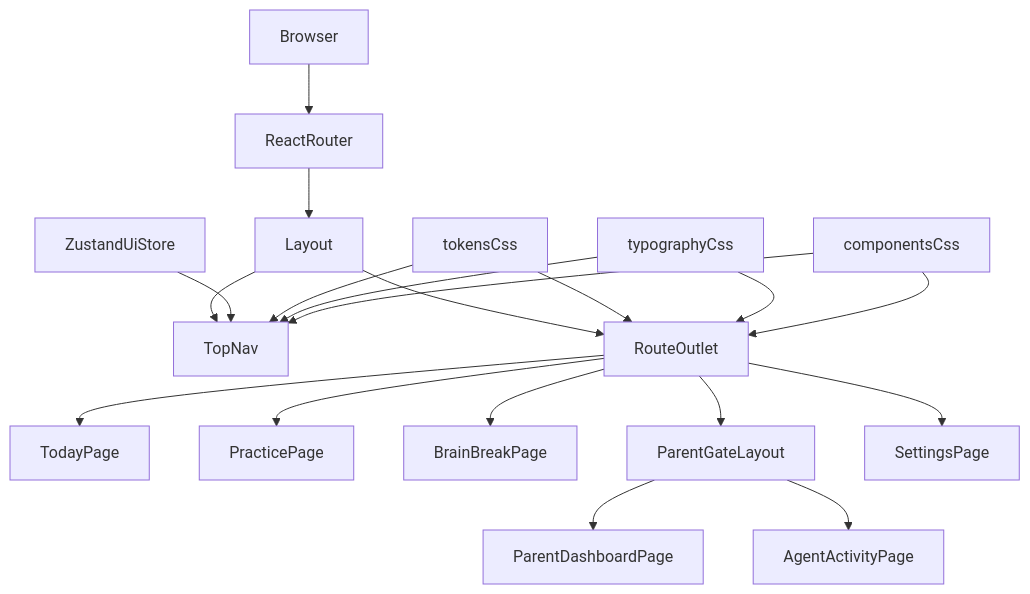
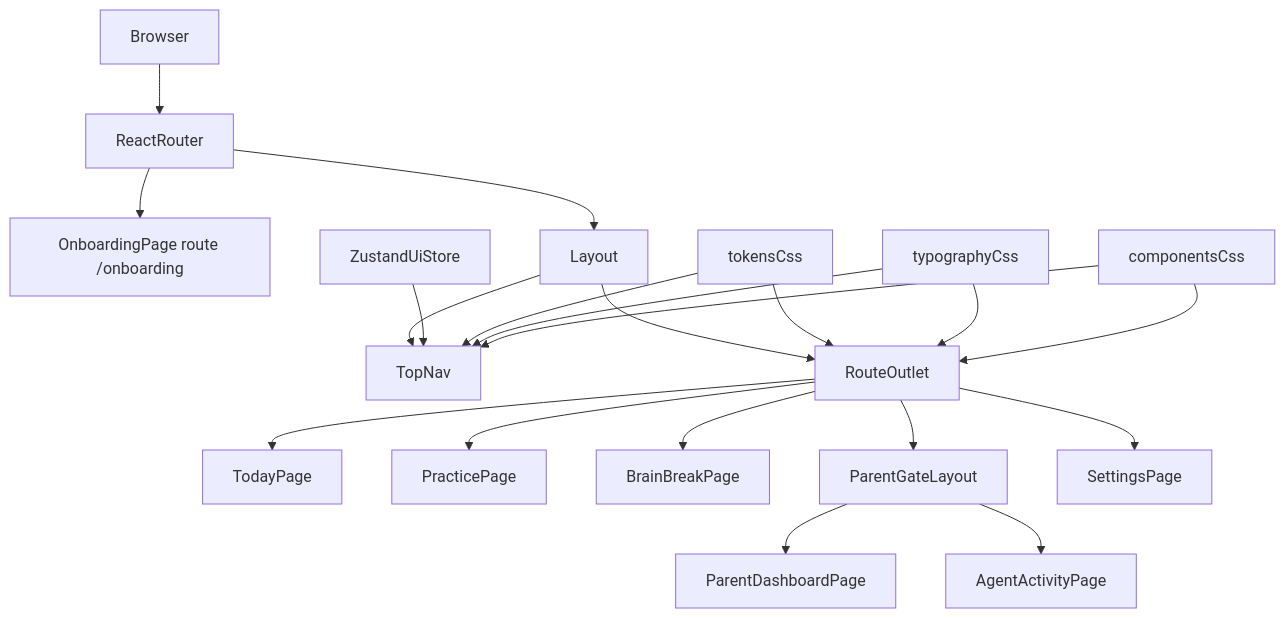
Before and after one commit to protektiq/briellesloop: the second of 8 diagrams in DATA_FLOW_DIAGRAM.md, drawn with Mermaid. The commit also changed other lines of this file and 35 other files, not shown here.

````diff
--- a/DATA_FLOW_DIAGRAM.md
+++ b/DATA_FLOW_DIAGRAM.md
@@ -63,21 +73,22 @@
 ```mermaid
 flowchart TD
   browser[Browser] --> reactRouter[ReactRouter]
+  reactRouter --> onboardingRoute[OnboardingPage route /onboarding]
   reactRouter --> layout[Layout]
   layout --> topNav[TopNav]
   layout --> routeOutlet[RouteOutlet]
   uiStore[ZustandUiStore] --> topNav
   routeOutlet --> todayPage[TodayPage]
   routeOutlet --> practicePage[PracticePage]
   routeOutlet --> breakPage[BrainBreakPage]
   routeOutlet --> parentGate[ParentGateLayout]
   parentGate --> parentPage[ParentDashboardPage]
   parentGate --> agentPage[AgentActivityPage]
   routeOutlet --> settingsPage[SettingsPage]
   cssTokens[tokensCss] --> topNav
   cssTypography[typographyCss] --> topNav
   cssComponents[componentsCss] --> topNav
   cssTokens --> routeOutlet
   cssTypography --> routeOutlet
   cssComponents --> routeOutlet
 ```
````
